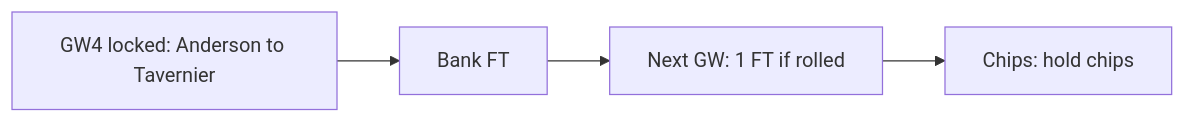
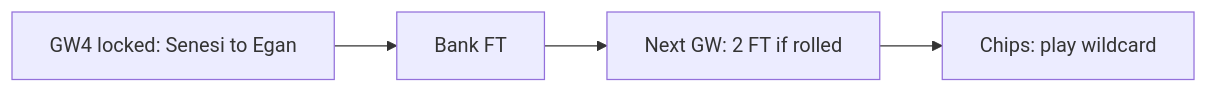
The second of 4 diagrams in reports/plan-gw4.md (domagojpoljancic/FPLexpert), drawn with Mermaid before and after one commit. The commit also changed other lines of this file and 3 other files, not shown here.

````diff
--- a/reports/plan-gw4.md
+++ b/reports/plan-gw4.md
@@ -31,10 +31,10 @@
 ```mermaid
 flowchart LR
-    A["GW4 locked: Anderson to Tavernier"]
+    A["GW4 locked: Senesi to Egan"]
     B["Bank FT"]
-    C["Next GW: 1 FT if rolled"]
-    D["Chips: hold chips"]
+    C["Next GW: 2 FT if rolled"]
+    D["Chips: play wildcard"]
     A --> B
     B --> C
     C --> D
 ```
````
